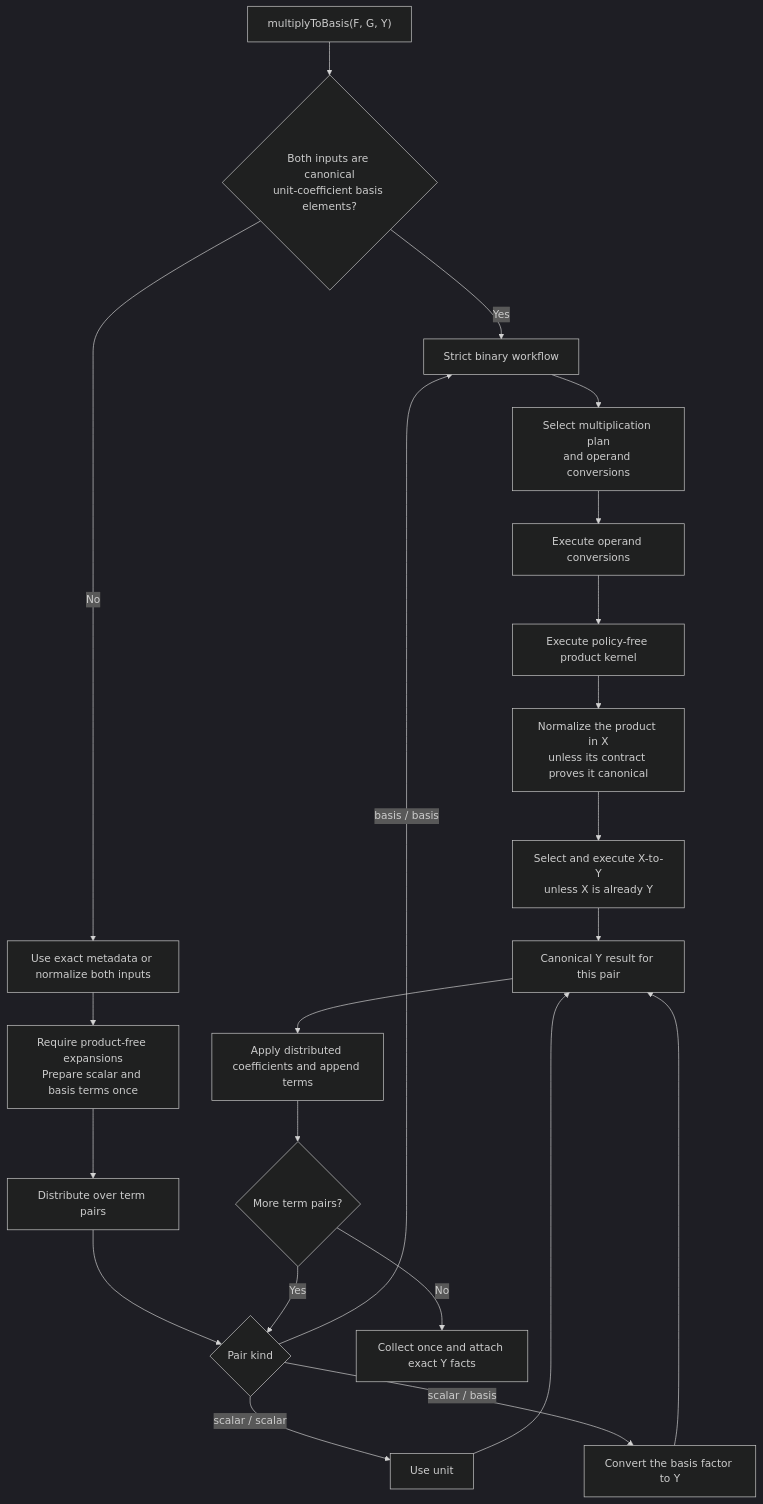
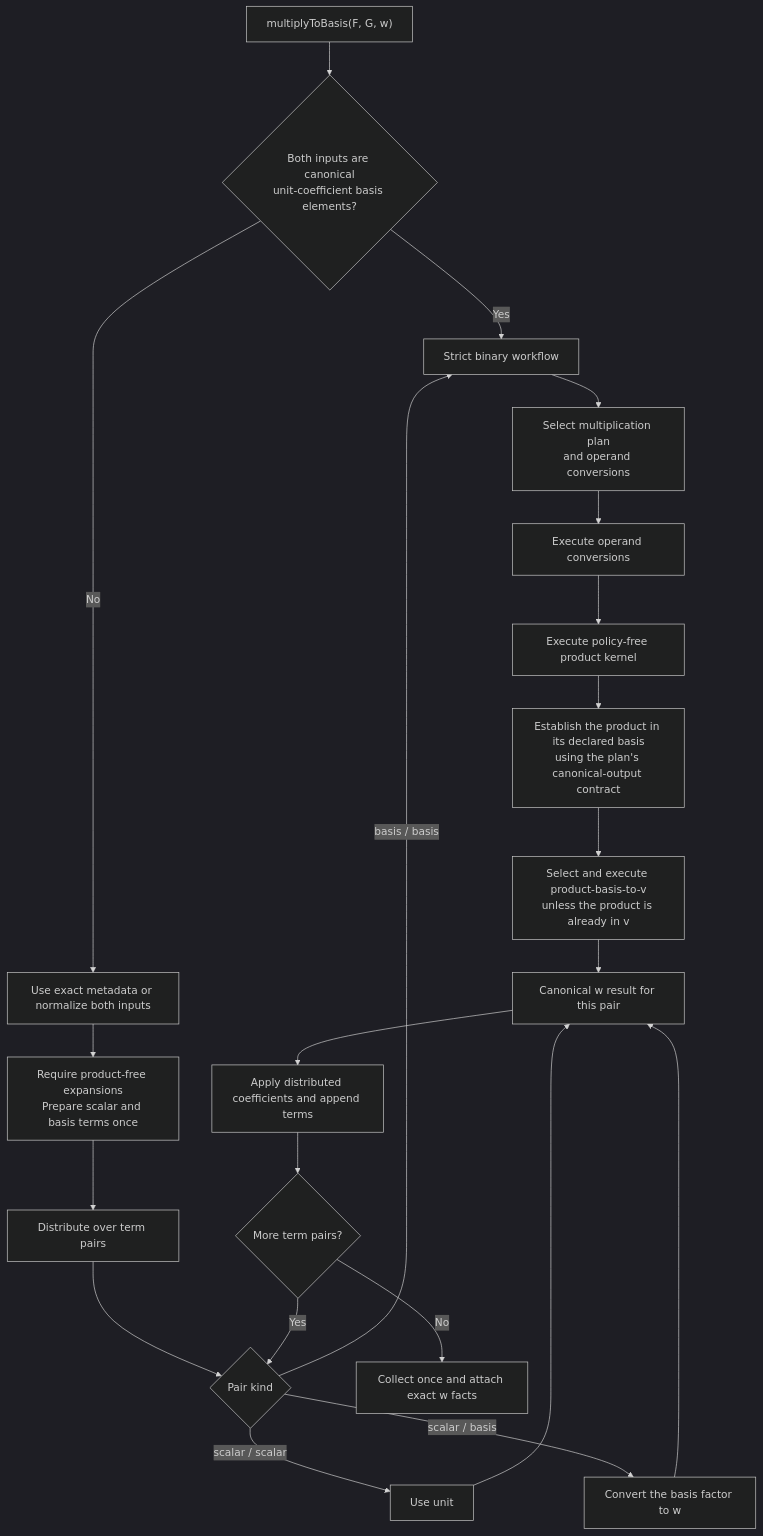
The third of 5 diagrams in M2/Macaulay2/e/symmetric-rings/README-pipelines.md (j-graf/M2), drawn with Mermaid (dark theme) before and after one commit. The commit also changed other lines of this file and 12 other files, not shown here.

````diff
--- a/M2/Macaulay2/e/symmetric-rings/README-pipelines.md
+++ b/M2/Macaulay2/e/symmetric-rings/README-pipelines.md
@@ -133,27 +341,27 @@
 ```mermaid
 flowchart TD
-    A["multiplyToBasis(F, G, Y)"] --> B{"Both inputs are canonical<br/>unit-coefficient basis elements?"}
+    A["multiplyToBasis(F, G, w)"] --> B{"Both inputs are canonical<br/>unit-coefficient basis elements?"}
     B -->|"Yes"| S["Strict binary workflow"]
     B -->|"No"| C["Use exact metadata or normalize both inputs"]
     C --> D["Require product-free expansions<br/>Prepare scalar and basis terms once"]
     D --> E["Distribute over term pairs"]
     E --> P{"Pair kind"}
 
     P -->|"scalar / scalar"| U["Use unit"]
-    P -->|"scalar / basis"| V["Convert the basis factor to Y"]
+    P -->|"scalar / basis"| V["Convert the basis factor to w"]
     P -->|"basis / basis"| S
 
     S --> S1["Select multiplication plan<br/>and operand conversions"]
     S1 --> S2["Execute operand conversions"]
     S2 --> S3["Execute policy-free product kernel"]
-    S3 --> S4["Normalize the product in X<br/>unless its contract proves it canonical"]
-    S4 --> S5["Select and execute X-to-Y<br/>unless X is already Y"]
-    S5 --> Q["Canonical Y result for this pair"]
+    S3 --> S4["Establish the product in its declared basis<br/>using the plan's canonical-output contract"]
+    S4 --> S5["Select and execute product-basis-to-v<br/>unless the product is already in v"]
+    S5 --> Q["Canonical w result for this pair"]
     U --> Q
     V --> Q
 
     Q --> T["Apply distributed coefficients and append terms"]
     T --> W{"More term pairs?"}
     W -->|"Yes"| P
-    W -->|"No"| R["Collect once and attach exact Y facts"]
+    W -->|"No"| R["Collect once and attach exact w facts"]
 ```
````
